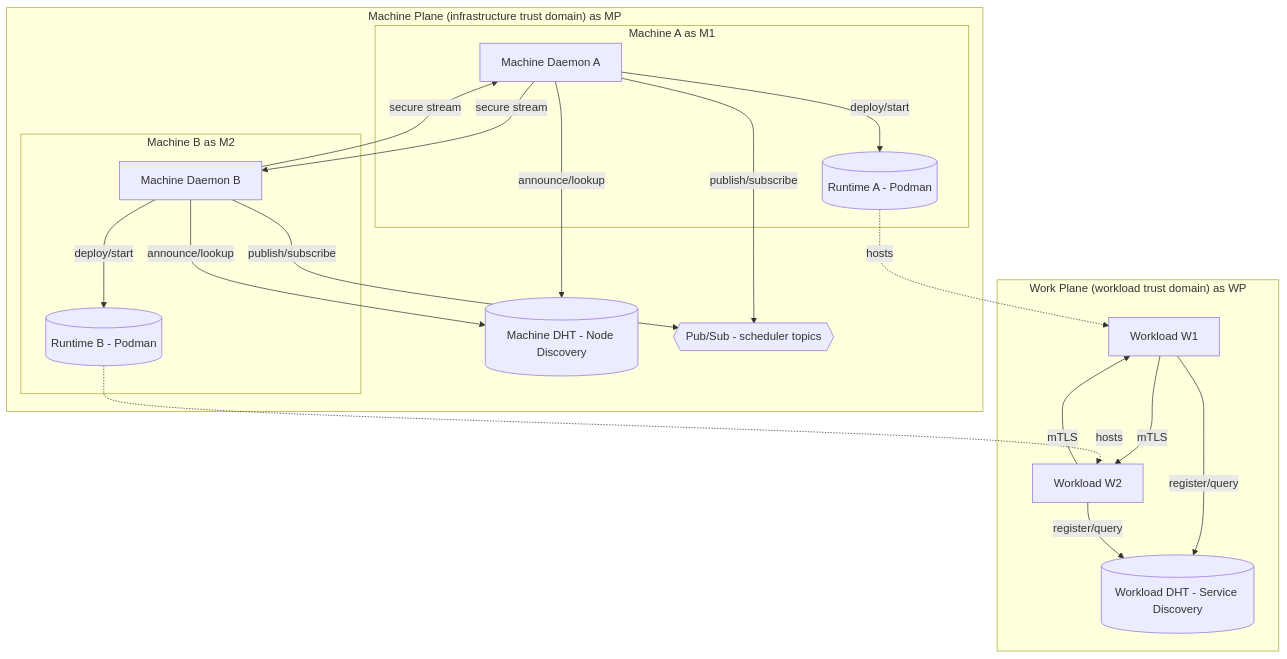
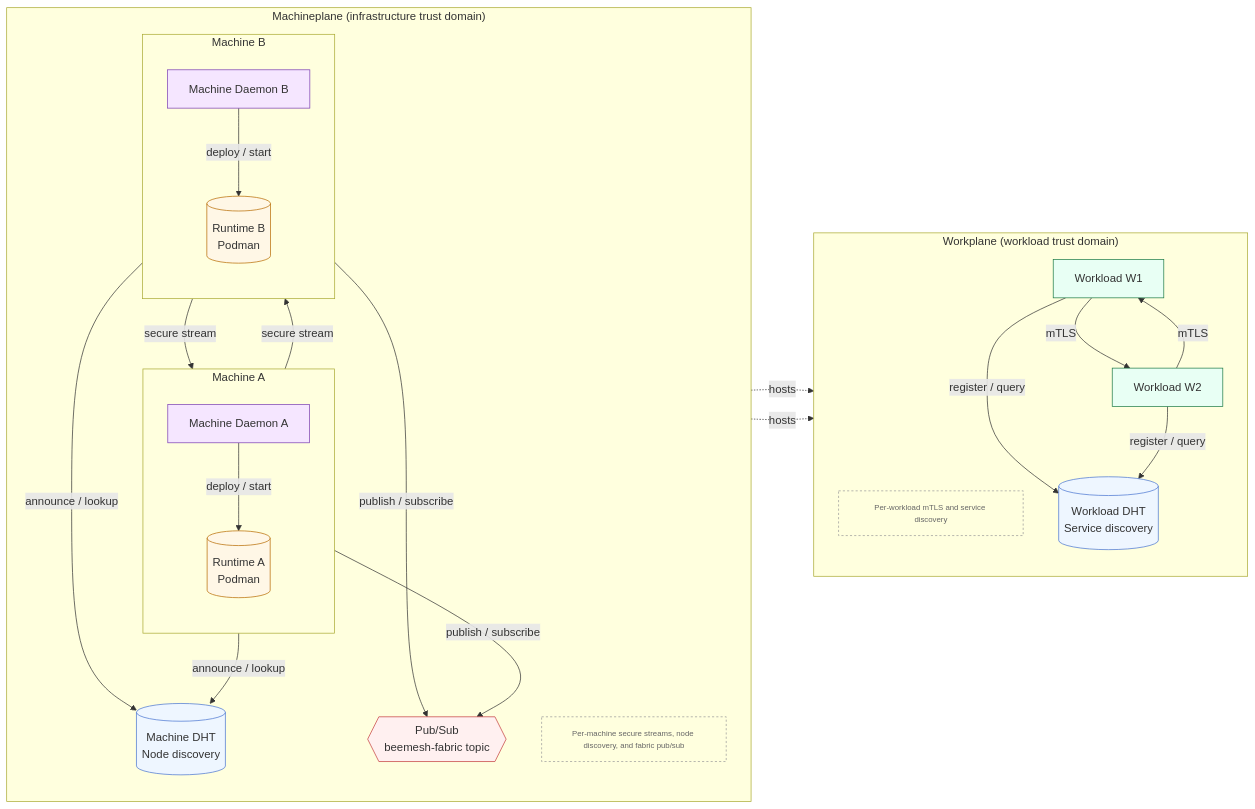
The diagram in README.md (beemesh/beemesh), drawn with Mermaid before and after one commit. The commit also changed other lines of this file and 176 other files, not shown here.

````diff
--- a/README.md
+++ b/README.md
@@ -126,46 +127,81 @@
 ```mermaid
-flowchart TB
-  %% ===== Work Plane (per-workload trust domain) =====
-  subgraph "Work Plane (workload trust domain)" as WP
-    WDHT[(Workload DHT - Service Discovery)]
-    W1[Workload W1]
-    W2[Workload W2]
+flowchart LR
+  %% ============================================
+  %% Styles
+  %% ============================================
+  classDef dht        fill:#EEF6FF,stroke:#4975D0,stroke-width:1px;
+  classDef workload   fill:#E8FFF4,stroke:#1D7A46,stroke-width:1px;
+  classDef runtime    fill:#FFF7E6,stroke:#B76B00,stroke-width:1px;
+  classDef daemon     fill:#F5E6FF,stroke:#7B3FB3,stroke-width:1px;
+  classDef bus        fill:#FFF0F0,stroke:#C43D3D,stroke-width:1px;
+  classDef caption    fill:none,stroke-dasharray:3 3,stroke:#999,color:#666,font-size:11px;
 
+  %% ============================================
+  %% Workplane (per-workload trust domain)
+  %% ============================================
+  subgraph WP["Workplane (workload trust domain)"]
+    direction TB
+
+    WP_CAP["Per-workload mTLS and service discovery"]:::caption
+
+    WDHT[(Workload DHT<br/>Service discovery)]:::dht
+    W1[Workload W1]:::workload
+    W2[Workload W2]:::workload
+
+    %% Workload-to-workload mTLS
     W1 -->|mTLS| W2
     W2 -->|mTLS| W1
 
-    W1 -->|register/query| WDHT
-    W2 -->|register/query| WDHT
+    %% Workload DHT for service discovery
+    W1 -->|register / query| WDHT
+    W2 -->|register / query| WDHT
   end
 
-  %% ===== Machine Plane (infrastructure trust domain) =====
-  subgraph "Machine Plane (infrastructure trust domain)" as MP
-    MDHT[(Machine DHT - Node Discovery)]
-    PS{{Pub/Sub - scheduler topics}}
+  %% ============================================
+  %% Machineplane (infrastructure trust domain)
+  %% ============================================
+  subgraph MP["Machineplane (infrastructure trust domain)"]
+    direction TB
 
-    subgraph "Machine A" as M1
-      D1[Machine Daemon A]
-      R1[(Runtime A - Podman)]
+    MP_CAP["Per-machine secure streams, node discovery, and fabric pub/sub"]:::caption
+
+    MDHT[(Machine DHT<br/>Node discovery)]:::dht
+    PS{{Pub/Sub<br/>beemesh-fabric topic}}:::bus
+
+    %% ---------- Machine A ----------
+    subgraph MA["Machine A"]
+      direction TB
+      D1[Machine Daemon A]:::daemon
+      R1[(Runtime A<br/>Podman)]:::runtime
     end
 
-    subgraph "Machine B" as M2
-      D2[Machine Daemon B]
-      R2[(Runtime B - Podman)]
+    %% ---------- Machine B ----------
+    subgraph MB["Machine B"]
+      direction TB
+      D2[Machine Daemon B]:::daemon
+      R2[(Runtime B<br/>Podman)]:::runtime
     end
 
+    %% Secure streams between daemons
     D1 -->|secure stream| D2
     D2 -->|secure stream| D1
 
-    D1 -->|announce/lookup| MDHT
-    D2 -->|announce/lookup| MDHT
+    %% Machine DHT for node discovery
+    D1 -->|announce / lookup| MDHT
+    D2 -->|announce / lookup| MDHT
 
-    D1 -->|publish/subscribe| PS
-    D2 -->|publish/subscribe| PS
+    %% Fabric pub/sub
+    D1 -->|publish / subscribe| PS
+    D2 -->|publish / subscribe| PS
   end
 
-  D1 -->|deploy/start| R1
-  D2 -->|deploy/start| R2
+  %% ============================================
+  %% Runtime–Workload relationship
+  %% ============================================
+  D1 -->|deploy / start| R1
+  D2 -->|deploy / start| R2
 
-  R1 -.hosts.-> W1
-  R2 -.hosts.-> W2
+  R1 -. hosts .-> W1
+  R2 -. hosts .-> W2
+
 ```
````
